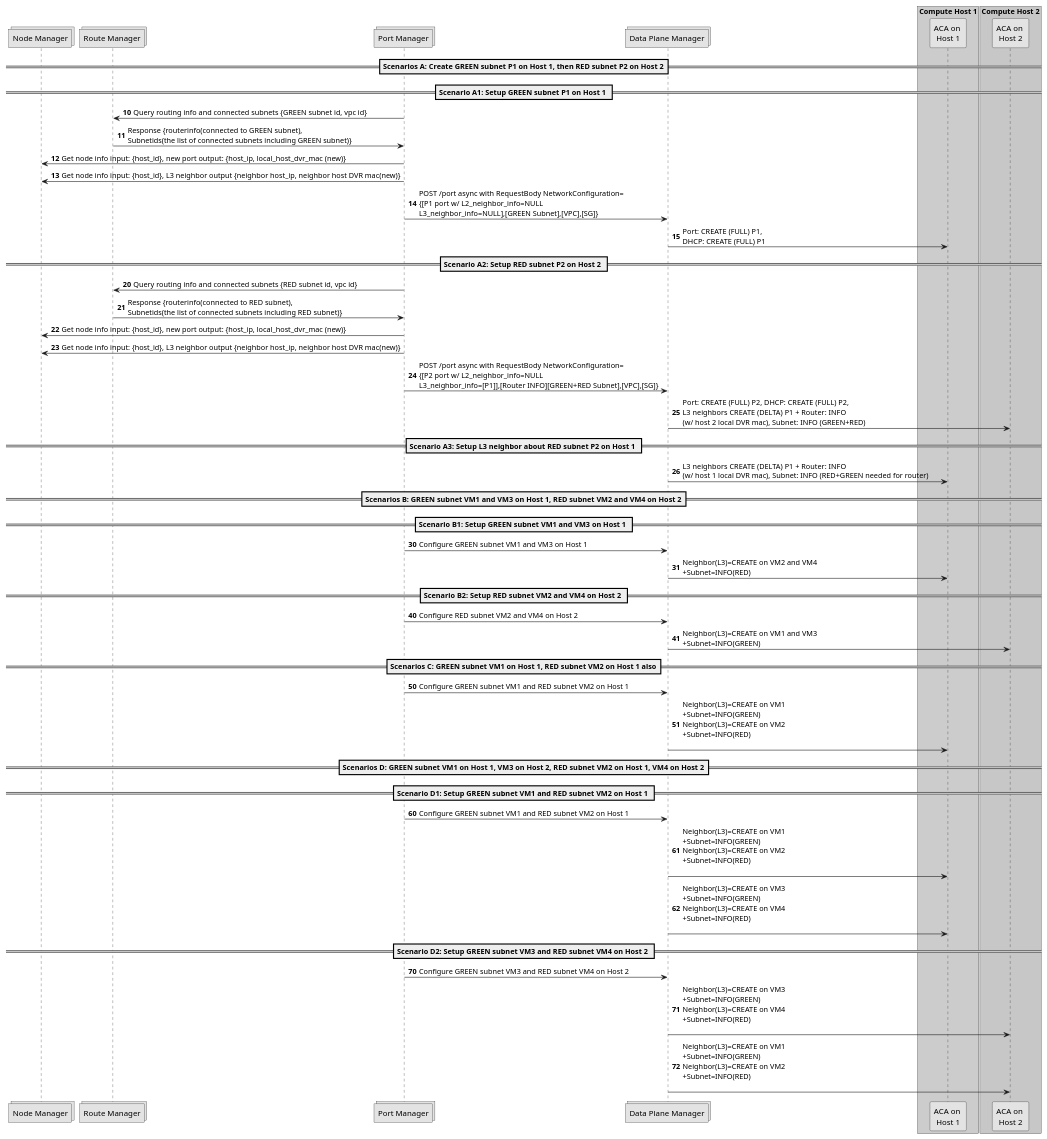
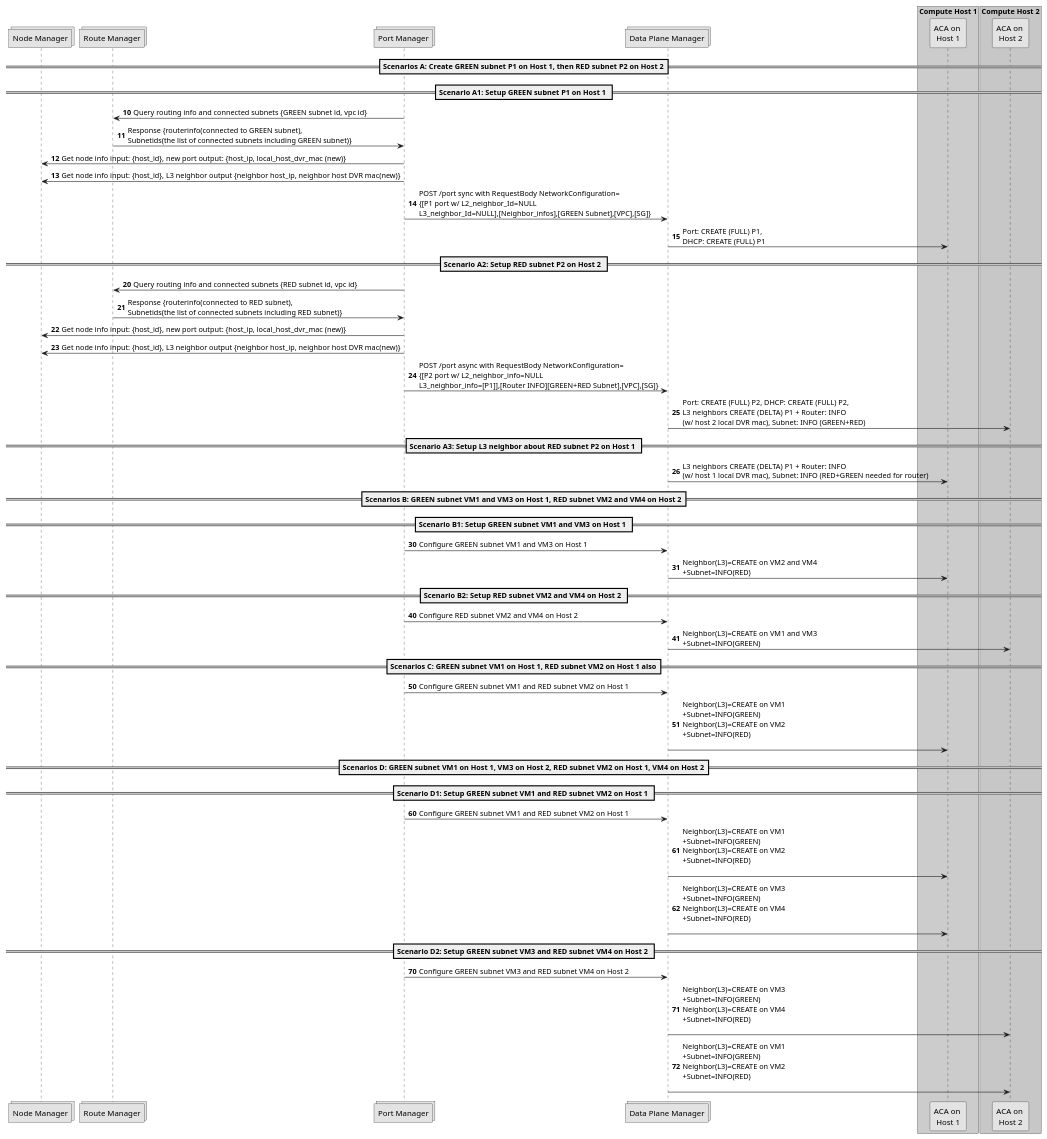
Before and after one commit to futurewei-cloud/alcor: the diagram in docs/modules/ROOT/workflows/router_e2e_workflow.puml, drawn with PlantUML.

Commit message:
add pm->dpm data exchange format

```diff
--- a/docs/modules/ROOT/workflows/router_e2e_workflow.puml
+++ b/docs/modules/ROOT/workflows/router_e2e_workflow.puml
@@ -15,78 +15,78 @@
 @startuml
 
 skinparam monochrome true
 
 collections "Node Manager"
 collections "Route Manager"
 collections "Port Manager"
 collections "Data Plane Manager"
 
 box "Compute Host 1" #LightBlue
 participant "ACA on \nHost 1"
 end box
 
 box "Compute Host 2" #LightGreen
 participant "ACA on \nHost 2"
 end box
 
 ==Scenarios A: Create GREEN subnet P1 on Host 1, then RED subnet P2 on Host 2==
 
 ==Scenario A1: Setup GREEN subnet P1 on Host 1 ==
 autonumber 10
 "Port Manager" -> "Route Manager": Query routing info and connected subnets {GREEN subnet id, vpc id}
 "Route Manager" -> "Port Manager": Response {routerinfo(connected to GREEN subnet),\nSubnetids(the list of connected subnets including GREEN subnet)}
 "Port Manager" -> "Node Manager": Get node info input: {host_id}, new port output: {host_ip, local_host_dvr_mac (new)}
 "Port Manager" -> "Node Manager": Get node info input: {host_id}, L3 neighbor output {neighbor host_ip, neighbor host DVR mac(new)}
-"Port Manager" -> "Data Plane Manager": POST /port async with RequestBody NetworkConfiguration=\n{[P1 port w/ L2_neighbor_info=NULL \nL3_neighbor_info=NULL],[GREEN Subnet],[VPC],[SG]}
+"Port Manager" -> "Data Plane Manager": POST /port sync with RequestBody NetworkConfiguration=\n{[P1 port w/ L2_neighbor_Id=NULL \nL3_neighbor_Id=NULL],[Neighbor_infos],[GREEN Subnet],[VPC],[SG]}
 "Data Plane Manager" -> "ACA on \nHost 1": Port: CREATE (FULL) P1, \nDHCP: CREATE (FULL) P1
 
 ==Scenario A2: Setup RED subnet P2 on Host 2 ==
 autonumber 20
 "Port Manager" -> "Route Manager": Query routing info and connected subnets {RED subnet id, vpc id}
 "Route Manager" -> "Port Manager": Response {routerinfo(connected to RED subnet),\nSubnetids(the list of connected subnets including RED subnet)}
 "Port Manager" -> "Node Manager": Get node info input: {host_id}, new port output: {host_ip, local_host_dvr_mac (new)}
 "Port Manager" -> "Node Manager": Get node info input: {host_id}, L3 neighbor output {neighbor host_ip, neighbor host DVR mac(new)}
 "Port Manager" -> "Data Plane Manager": POST /port async with RequestBody NetworkConfiguration=\n{[P2 port w/ L2_neighbor_info=NULL \nL3_neighbor_info=[P1]],[Router INFO][GREEN+RED Subnet],[VPC],[SG]}
 "Data Plane Manager" -> "ACA on \nHost 2": Port: CREATE (FULL) P2, DHCP: CREATE (FULL) P2, \nL3 neighbors CREATE (DELTA) P1 + Router: INFO \n(w/ host 2 local DVR mac), Subnet: INFO (GREEN+RED)
 
 ==Scenario A3: Setup L3 neighbor about RED subnet P2 on Host 1 ==
 "Data Plane Manager" -> "ACA on \nHost 1": L3 neighbors CREATE (DELTA) P1 + Router: INFO \n(w/ host 1 local DVR mac), Subnet: INFO (RED+GREEN needed for router)
 
 
 ==Scenarios B: GREEN subnet VM1 and VM3 on Host 1, RED subnet VM2 and VM4 on Host 2==
 
 ==Scenario B1: Setup GREEN subnet VM1 and VM3 on Host 1 ==
 autonumber 30
 "Port Manager" -> "Data Plane Manager": Configure GREEN subnet VM1 and VM3 on Host 1
 "Data Plane Manager" -> "ACA on \nHost 1": Neighbor(L3)=CREATE on VM2 and VM4\n+Subnet=INFO(RED)
 
 ==Scenario B2: Setup RED subnet VM2 and VM4 on Host 2 ==
 autonumber 40
 "Port Manager" -> "Data Plane Manager": Configure RED subnet VM2 and VM4 on Host 2
 "Data Plane Manager" -> "ACA on \nHost 2": Neighbor(L3)=CREATE on VM1 and VM3\n+Subnet=INFO(GREEN)
 
 
 ==Scenarios C: GREEN subnet VM1 on Host 1, RED subnet VM2 on Host 1 also==
 
 autonumber 50
 "Port Manager" -> "Data Plane Manager": Configure GREEN subnet VM1 and RED subnet VM2 on Host 1
 "Data Plane Manager" -> "ACA on \nHost 1": Neighbor(L3)=CREATE on VM1\n+Subnet=INFO(GREEN)\nNeighbor(L3)=CREATE on VM2\n+Subnet=INFO(RED)\n
 
 
 ==Scenarios D: GREEN subnet VM1 on Host 1, VM3 on Host 2, RED subnet VM2 on Host 1, VM4 on Host 2==
 
 ==Scenario D1: Setup GREEN subnet VM1 and RED subnet VM2 on Host 1 ==
 autonumber 60
 "Port Manager" -> "Data Plane Manager": Configure GREEN subnet VM1 and RED subnet VM2 on Host 1
 "Data Plane Manager" -> "ACA on \nHost 1": Neighbor(L3)=CREATE on VM1\n+Subnet=INFO(GREEN)\nNeighbor(L3)=CREATE on VM2\n+Subnet=INFO(RED)\n
 "Data Plane Manager" -> "ACA on \nHost 1": Neighbor(L3)=CREATE on VM3\n+Subnet=INFO(GREEN)\nNeighbor(L3)=CREATE on VM4\n+Subnet=INFO(RED)\n
 
 ==Scenario D2: Setup GREEN subnet VM3 and RED subnet VM4 on Host 2 ==
 autonumber 70
 "Port Manager" -> "Data Plane Manager": Configure GREEN subnet VM3 and RED subnet VM4 on Host 2
 "Data Plane Manager" -> "ACA on \nHost 2": Neighbor(L3)=CREATE on VM3\n+Subnet=INFO(GREEN)\nNeighbor(L3)=CREATE on VM4\n+Subnet=INFO(RED)\n
 "Data Plane Manager" -> "ACA on \nHost 2": Neighbor(L3)=CREATE on VM1\n+Subnet=INFO(GREEN)\nNeighbor(L3)=CREATE on VM2\n+Subnet=INFO(RED)\n
 
 
 
 @enduml
```
